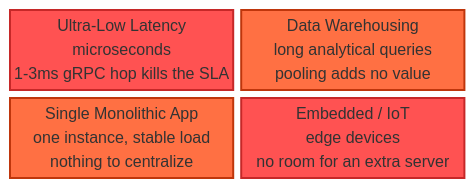
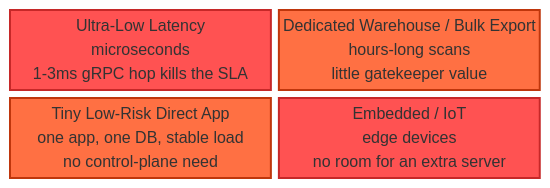
One commit to Open-J-Proxy/ojp changed diagram 12 of 15 in documents/ebook/part1-chapter1-introduction.md. Above: the diagram before and after it, drawn with Mermaid. The commit also changed other lines of this file, not shown here.

````diff
--- a/documents/ebook/part1-chapter1-introduction.md
+++ b/documents/ebook/part1-chapter1-introduction.md
@@ -506,13 +546,13 @@
 ```mermaid
 block-beta
 columns 2
   AP1["Ultra-Low Latency<br/>microseconds<br/>1-3ms gRPC hop kills the SLA"]
-  AP2["Data Warehousing<br/>long analytical queries<br/>pooling adds no value"]
-  AP3["Single Monolithic App<br/>one instance, stable load<br/>nothing to centralize"]
+  AP2["Dedicated Warehouse / Bulk Export<br/>hours-long scans<br/>little gatekeeper value"]
+  AP3["Tiny Low-Risk Direct App<br/>one app, one DB, stable load<br/>no control-plane need"]
   AP4["Embedded / IoT<br/>edge devices<br/>no room for an extra server"]
 
   style AP1 fill:#ff5252,color:#fff,stroke:#c62828,stroke-width:2px
   style AP2 fill:#ff7043,color:#fff,stroke:#bf360c,stroke-width:2px
   style AP3 fill:#ff7043,color:#fff,stroke:#bf360c,stroke-width:2px
   style AP4 fill:#ff5252,color:#fff,stroke:#c62828,stroke-width:2px
 ```
````
